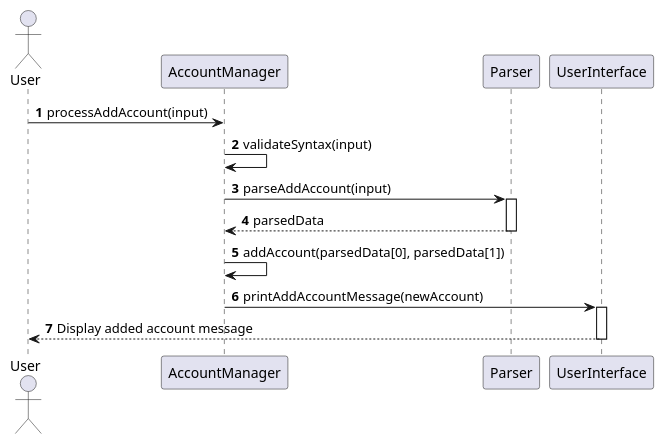
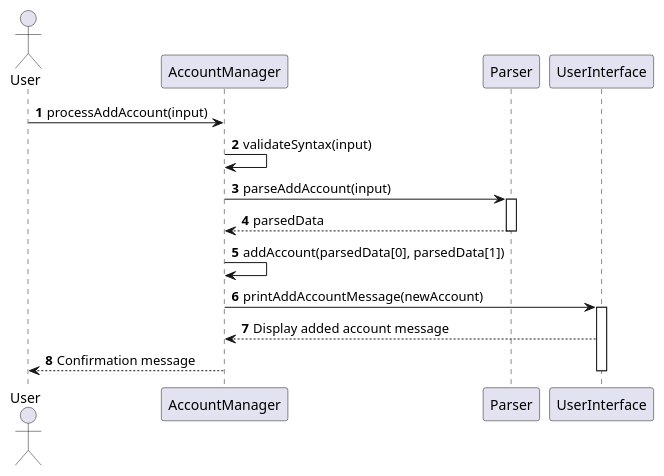
One commit to Vavinan/tp changed the diagram in docs/diagrams/addAccountDiagram.puml. Above: the diagram before and after it, drawn with PlantUML. The commit also changed 7 other files, not shown here.

```diff
--- a/docs/diagrams/addAccountDiagram.puml
+++ b/docs/diagrams/addAccountDiagram.puml
@@ -1,22 +1,23 @@
 @startuml
 'https://plantuml.com/sequence-diagram
 
 autonumber
 
 actor User
 participant "AccountManager" as AM
 participant "Parser" as P
 participant "UserInterface" as UI
 
 User -> AM: processAddAccount(input)
 AM -> AM: validateSyntax(input)
 AM -> P: parseAddAccount(input)
 activate P
 P --> AM: parsedData
 deactivate P
 AM -> AM: addAccount(parsedData[0], parsedData[1])
 AM -> UI: printAddAccountMessage(newAccount)
 activate UI
-UI --> User: Display added account message
+UI --> AM: Display added account message
+AM --> User : Confirmation message
 deactivate UI
 @enduml
```
